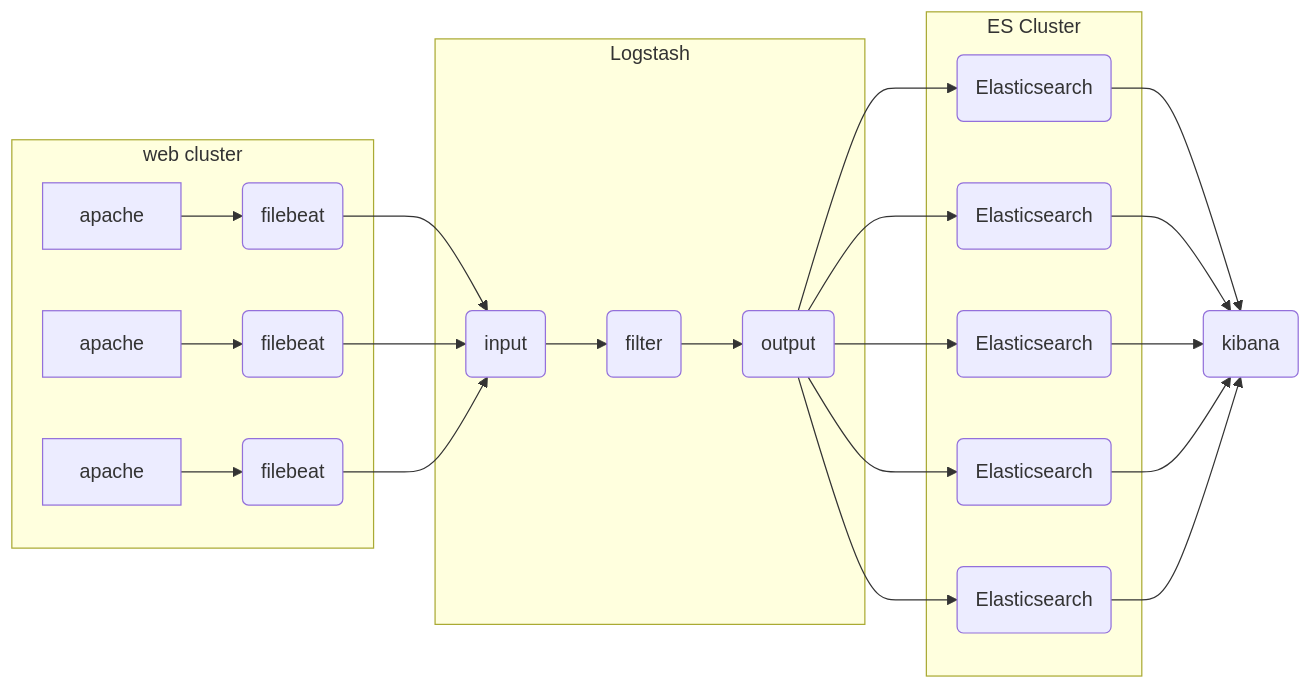
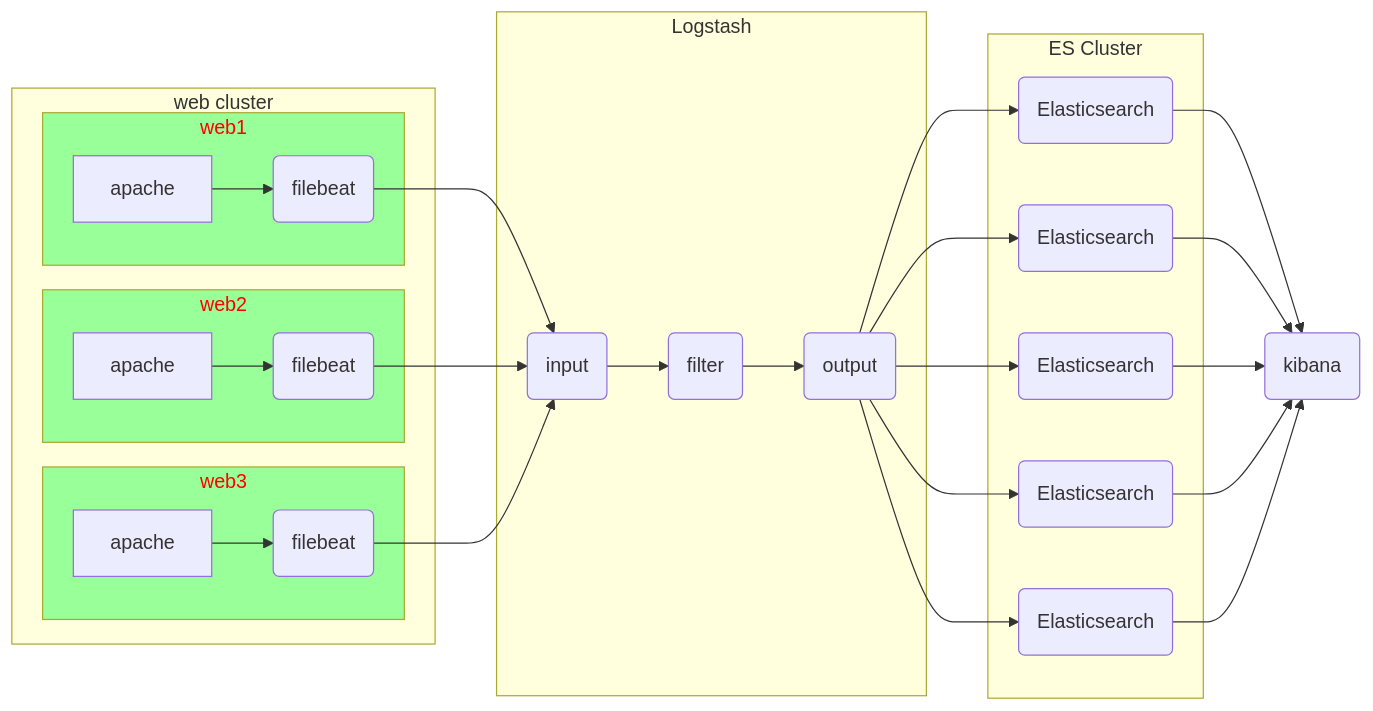
One commit to tonggh220/md_4_nsd_notes changed the diagram in ARCHITECTURE/01/elk-01.md. Above: the diagram before and after it, drawn with Mermaid. The commit also changed 1 other file, not shown here.

````diff
--- a/ARCHITECTURE/01/elk-01.md
+++ b/ARCHITECTURE/01/elk-01.md
@@ -5,31 +5,40 @@
 ```mermaid
 graph LR
 subgraph web cluster
-  H1[apache] --> F1(filebeat)
-  H2[apache] --> F2(filebeat)
-  H3[apache] --> F3(filebeat)
+  subgraph web1
+    H1[apache] --> F1(filebeat)
+  end
+  subgraph web2
+    H2[apache] --> F2(filebeat)
+  end
+  subgraph web3
+    H3[apache] --> F3(filebeat)
+  end
+  style web1 color:#ff0000,fill:#99ff99
+  style web2 color:#ff0000,fill:#99ff99
+  style web3 color:#ff0000,fill:#99ff99
 end
 F1 --> A1
 F2 --> A1
 F3 --> A1
 subgraph Logstash
   A1(input) --> A2(filter) --> A3(output)
 end
 subgraph ES Cluster
   ES1(Elasticsearch)  
   ES2(Elasticsearch)
   ES3(Elasticsearch)
   ES4(Elasticsearch)
   ES5(Elasticsearch)
 end
 A3 --> ES1
 A3 --> ES2
 A3 --> ES3
 A3 --> ES4
 A3 --> ES5
 ES1 --> K(kibana)
 ES2 --> K
 ES3 --> K
 ES4 --> K
 ES5 --> K
 ```
````
